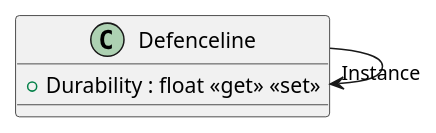
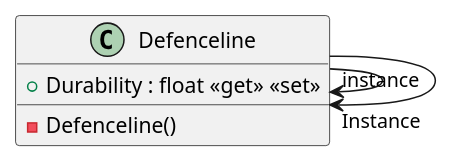
One commit to 202004g07/UnityShooting changed the diagram in Assets/Scripts/plantuml/DefenceObjs/Defenceline.puml. Above: the diagram before and after it, drawn with PlantUML. The commit also changed 23 other files, not shown here.

```diff
--- a/Assets/Scripts/plantuml/DefenceObjs/Defenceline.puml
+++ b/Assets/Scripts/plantuml/DefenceObjs/Defenceline.puml
@@ -1,6 +1,8 @@
 @startuml
 class Defenceline {
+    - Defenceline()
     + Durability : float <<get>> <<set>>
 }
+Defenceline --> "instance" Defenceline
 Defenceline --> "Instance" Defenceline
 @enduml
```
